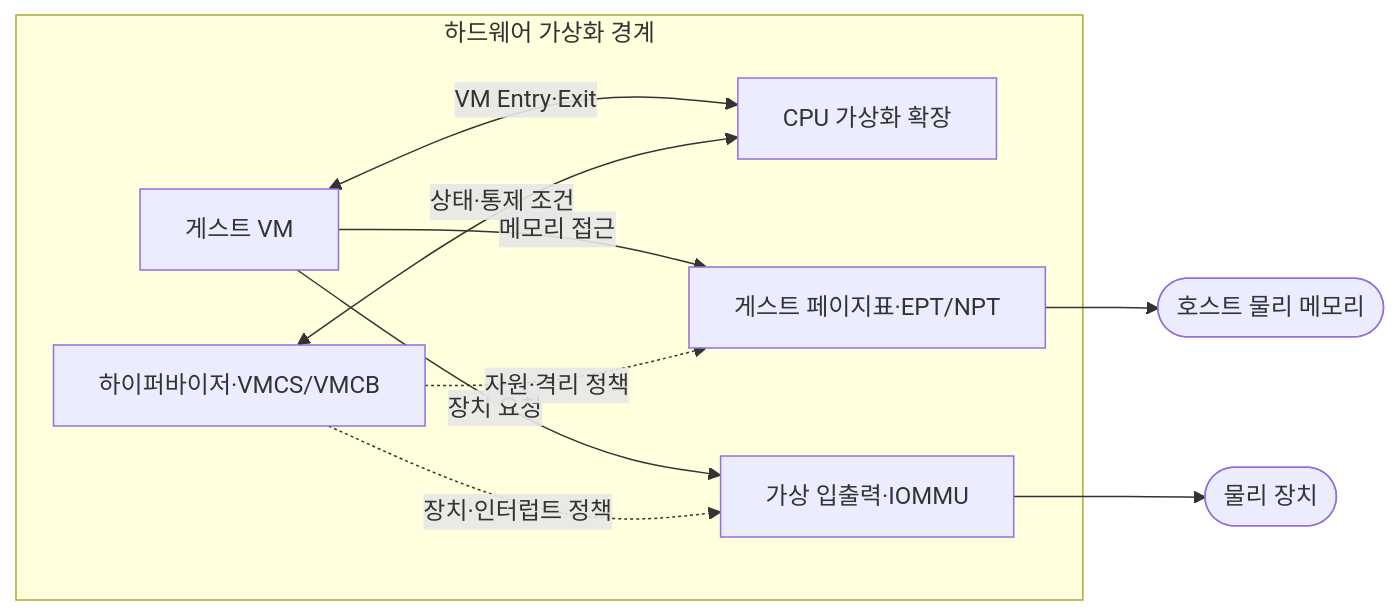
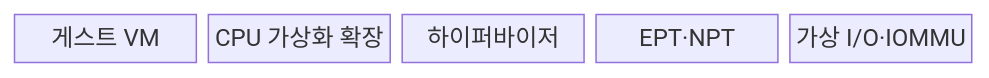
Before and after one commit to agnusdei1207/knowledge-base: the first of 2 diagrams in src/content/docs/notes/02-hardware/085_hardware_virtualization.md, drawn with Mermaid. The commit also changed other lines of this file and 20 other files, not shown here.

````diff
--- a/src/content/docs/notes/02-hardware/085_hardware_virtualization.md
+++ b/src/content/docs/notes/02-hardware/085_hardware_virtualization.md
@@ -76,20 +74,9 @@
 ```mermaid
-flowchart LR
-    P([호스트 물리 메모리])
-    D([물리 장치])
-    subgraph V["하드웨어 가상화 경계"]
-        G["게스트 VM"]
-        C["CPU 가상화 확장"]
-        H["하이퍼바이저·VMCS/VMCB"]
-        M["게스트 페이지표·EPT/NPT"]
-        I["가상 입출력·IOMMU"]
-        G <-->|"VM Entry·Exit"| C
-        H <-->|"상태·통제 조건"| C
-        G -->|"메모리 접근"| M
-        G -->|"장치 요청"| I
-        H -.->|"자원·격리 정책"| M
-        H -.->|"장치·인터럽트 정책"| I
-    end
-    M --> P
-    I --> D
+block
+  columns 5
+  G["게스트 VM"]
+  C["CPU 가상화 확장"]
+  H["하이퍼바이저"]
+  M["EPT·NPT"]
+  I["가상 I/O·IOMMU"]
 ```
````
